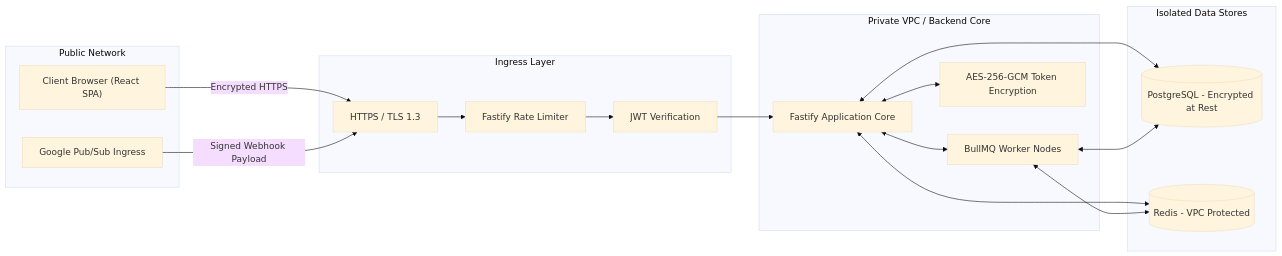
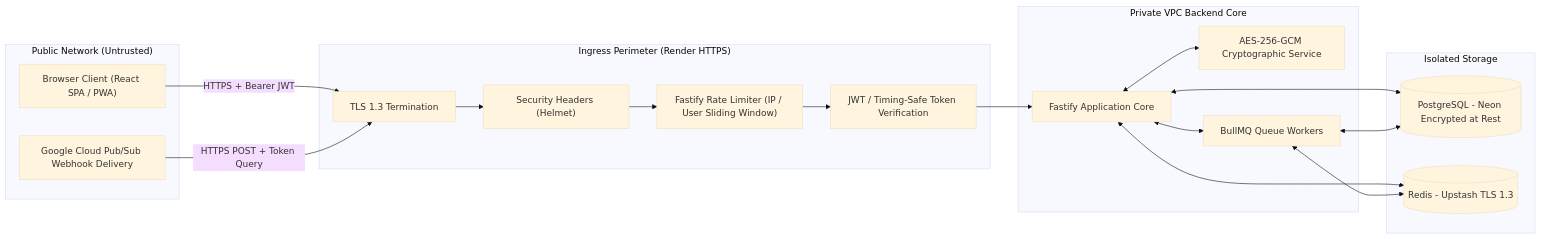
The seventh of 7 diagrams in ARCHITECTURE.md (LalitWagh34/ApplyTrack), drawn with Mermaid (base theme) before and after one commit. The commit also changed other lines of this file and 1 other file, not shown here.

Commit message:
docs: modernize README and ARCHITECTURE with Phase 2 specs and PubSub route

````diff
--- a/ARCHITECTURE.md
+++ b/ARCHITECTURE.md
@@ -230,38 +309,40 @@
 ```mermaid
 flowchart LR
-    subgraph UntrustedZone["Public Network"]
-        ClientBrowser["Client Browser (React SPA)"]
-        GooglePush["Google Pub/Sub Ingress"]
+    subgraph UntrustedZone["Public Network (Untrusted)"]
+        BrowserClient["Browser Client (React SPA / PWA)"]
+        GooglePushNode["Google Cloud Pub/Sub Webhook Delivery"]
     end
 
-    subgraph DMZ["Ingress Layer"]
-        TLSTermination["HTTPS / TLS 1.3"]
-        RateLimiter["Fastify Rate Limiter"]
-        JWTSentry["JWT Verification"]
+    subgraph Perimeter["Ingress Perimeter (Render HTTPS)"]
+        TLSTermination["TLS 1.3 Termination"]
+        HelmetHeaders["Security Headers (Helmet)"]
+        RateLimiter["Fastify Rate Limiter (IP / User Sliding Window)"]
+        AuthFilter["JWT / Timing-Safe Token Verification"]
     end
 
-    subgraph TrustedZone["Private VPC / Backend Core"]
+    subgraph PrivateCore["Private VPC Backend Core"]
         FastifyApp["Fastify Application Core"]
-        BullMQWorker["BullMQ Worker Nodes"]
-        CryptoModule["AES-256-GCM Token Encryption"]
+        CryptoService["AES-256-GCM Cryptographic Service"]
+        WorkerPool["BullMQ Queue Workers"]
     end
 
-    subgraph IsolatedData["Isolated Data Stores"]
-        Postgres[(PostgreSQL - Encrypted at Rest)]
-        Redis[(Redis - VPC Protected)]
+    subgraph DataVault["Isolated Storage"]
+        Postgres[(PostgreSQL - Neon Encrypted at Rest)]
+        Redis[(Redis - Upstash TLS 1.3)]
     end
 
-    ClientBrowser -->|Encrypted HTTPS| TLSTermination
-    GooglePush -->|Signed Webhook Payload| TLSTermination
+    BrowserClient -->|HTTPS + Bearer JWT| TLSTermination
+    GooglePushNode -->|HTTPS POST + Token Query| TLSTermination
 
-    TLSTermination --> RateLimiter
-    RateLimiter --> JWTSentry
-    JWTSentry --> FastifyApp
+    TLSTermination --> HelmetHeaders
+    HelmetHeaders --> RateLimiter
+    RateLimiter --> AuthFilter
+    AuthFilter --> FastifyApp
 
-    FastifyApp <--> CryptoModule
-    FastifyApp <--> BullMQWorker
+    FastifyApp <--> CryptoService
+    FastifyApp <--> WorkerPool
     FastifyApp <--> Postgres
     FastifyApp <--> Redis
-    BullMQWorker <--> Postgres
-    BullMQWorker <--> Redis
+    WorkerPool <--> Postgres
+    WorkerPool <--> Redis
 ```
````
